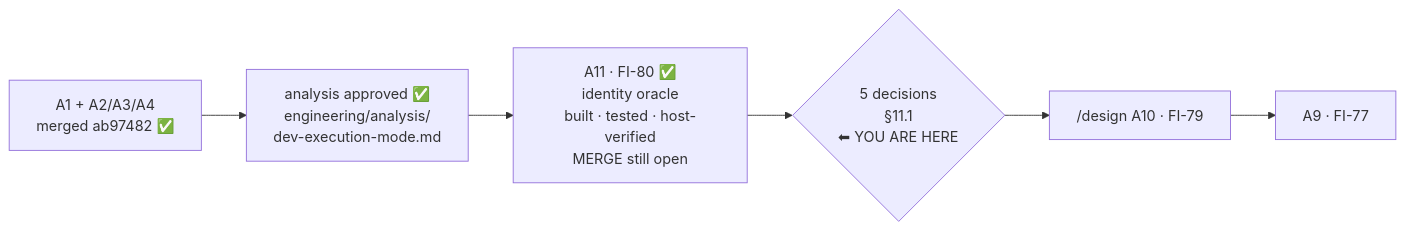
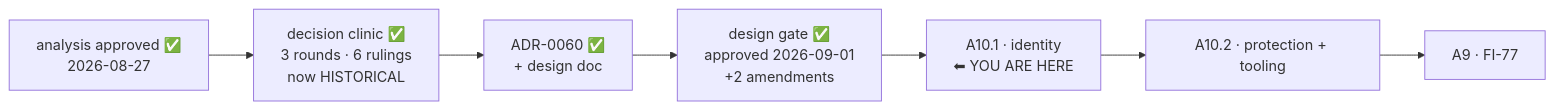
The diagram in docs/maintainers/handoff.md (alergyonthestage/claude-orchestrator), drawn with Mermaid before and after one commit. The commit also changed other lines of this file, not shown here.

First line of the commit message:
docs(handoff): A10 designed and approved — A10.1 is the next build

````diff
--- a/docs/maintainers/handoff.md
+++ b/docs/maintainers/handoff.md
@@ -16,8 +16,9 @@
 ```mermaid
 flowchart LR
-    A1["A1 + A2/A3/A4<br/>merged ab97482 ✅"] --> AN["analysis approved ✅<br/>engineering/analysis/<br/>dev-execution-mode.md"]
-    AN --> A11["A11 · FI-80 ✅<br/>identity oracle<br/>built · tested · host-verified<br/>MERGE still open"]
-    A11 --> DEC{"5 decisions<br/>§11.1<br/>⬅ YOU ARE HERE"}
-    DEC --> DES["/design A10 · FI-79"]
-    DES --> A9["A9 · FI-77"]
+    AN["analysis approved ✅<br/>2026-08-27"] --> CL["decision clinic ✅<br/>3 rounds · 6 rulings<br/>now HISTORICAL"]
+    CL --> ADR["ADR-0060 ✅<br/>+ design doc"]
+    ADR --> GATE["design gate ✅<br/>approved 2026-09-01<br/>+2 amendments"]
+    GATE --> A101["A10.1 · identity<br/>⬅ YOU ARE HERE"]
+    A101 --> A102["A10.2 · protection + tooling"]
+    A102 --> A9["A9 · FI-77"]
 ```
````
